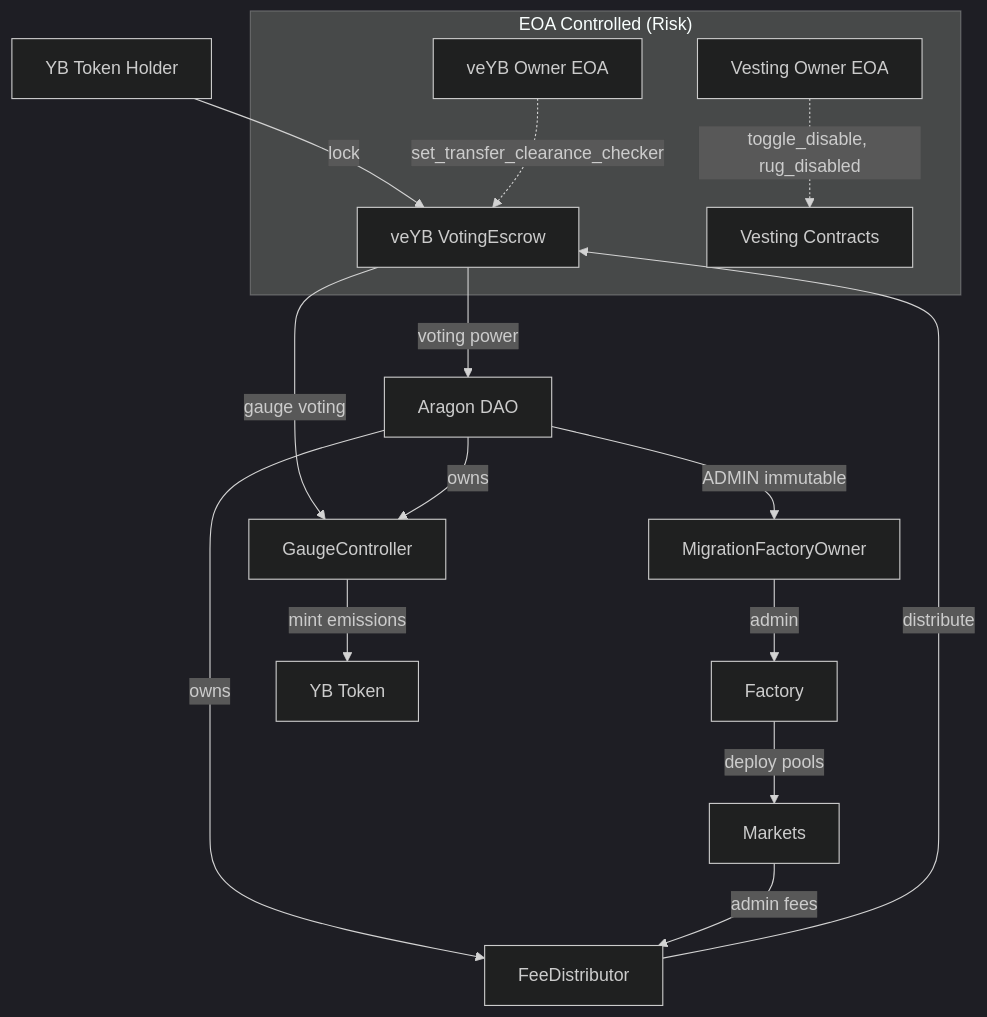
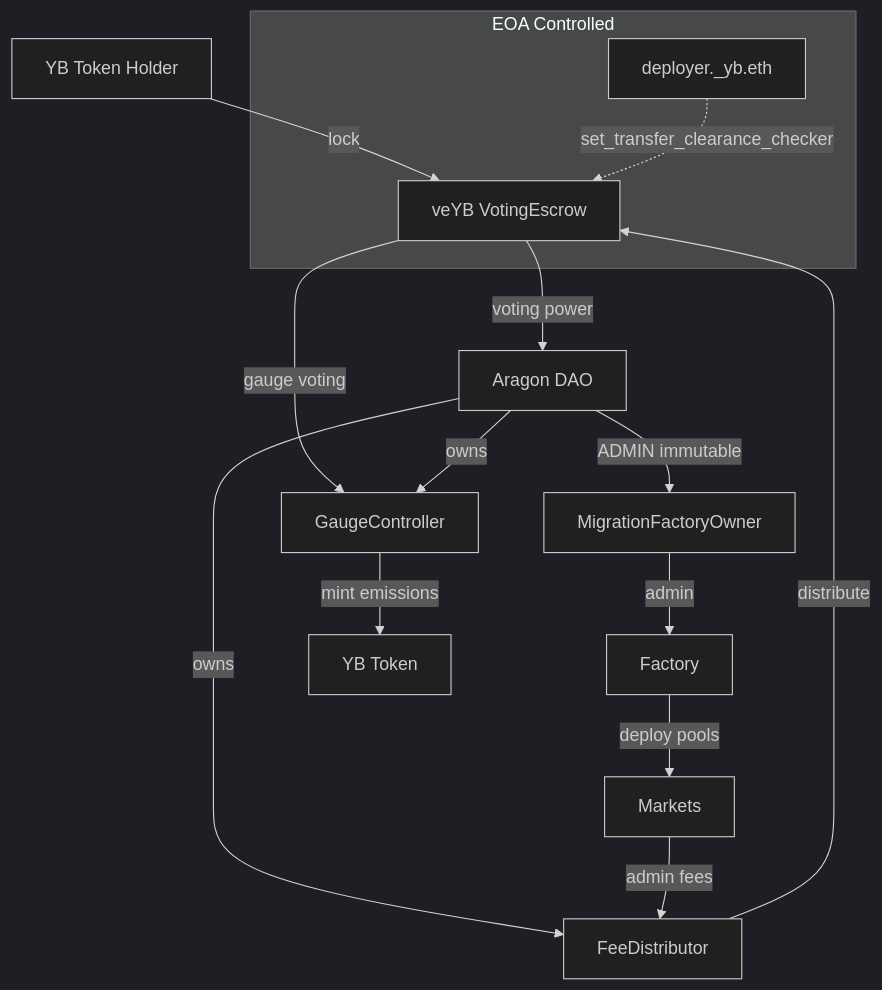
The diagram in output/yb-research.md (aragon/ownership-token-framework), drawn with Mermaid (dark theme) before and after one commit. The commit also changed other lines of this file, not shown here.

````diff
--- a/output/yb-research.md
+++ b/output/yb-research.md
@@ -423,21 +443,20 @@
 ```mermaid
 graph TD
     YBHolder[YB Token Holder] -->|lock| VE[veYB VotingEscrow]
     VE -->|voting power| DAO[Aragon DAO]
     VE -->|gauge voting| GC[GaugeController]
 
     DAO -->|owns| GC
     DAO -->|owns| FD[FeeDistributor]
     DAO -->|ADMIN immutable| MFO[MigrationFactoryOwner]
     MFO -->|admin| Factory
 
     GC -->|mint emissions| YB[YB Token]
     Factory -->|deploy pools| Markets
     Markets -->|admin fees| FD
     FD -->|distribute| VE
 
-    subgraph "EOA Controlled (Risk)"
-        VEOwner[veYB Owner EOA] -.->|set_transfer_clearance_checker| VE
-        VestOwner[Vesting Owner EOA] -.->|toggle_disable, rug_disabled| Vesting[Vesting Contracts]
+    subgraph "EOA Controlled"
+        VEOwner[deployer._yb.eth] -.->|set_transfer_clearance_checker| VE
     end
 ```
````
